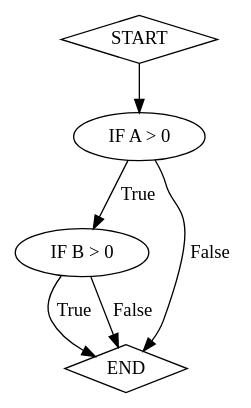
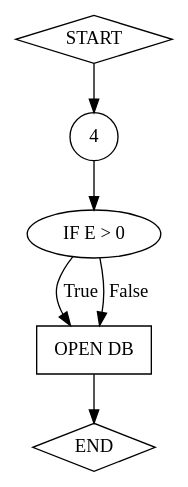
The diagram in doctest-output/control-flow.gv (CelineDknp/SemiParsingCFG), drawn with Graphviz before and after one commit. The commit also changed 11 other files, not shown here.

```diff
--- a/doctest-output/control-flow.gv
+++ b/doctest-output/control-flow.gv
@@ -1,15 +1,17 @@
 digraph "control-flow" {
 	node [shape=diamond]
-	5 [label=START]
+	11 [label=START]
+	node [shape=circle]
+	18 [label=4]
 	node [shape=ellipse]
-	0 [label="IF A > 0"]
-	node [shape=ellipse]
-	1 [label="IF B > 0"]
+	8 [label="IF E > 0"]
+	node [shape=box]
+	10 [label="OPEN DB"]
 	node [shape=diamond]
-	9 [label=END]
-	5 -> 0
-	0 -> 1 [label=True]
-	0 -> 9 [label=False]
-	1 -> 9 [label=True]
-	1 -> 9 [label=False]
+	17 [label=END]
+	11 -> 18
+	18 -> 8
+	8 -> 10 [label=True]
+	8 -> 10 [label=False]
+	10 -> 17
 }
```
